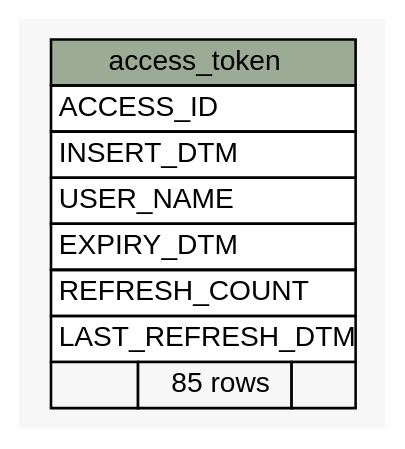
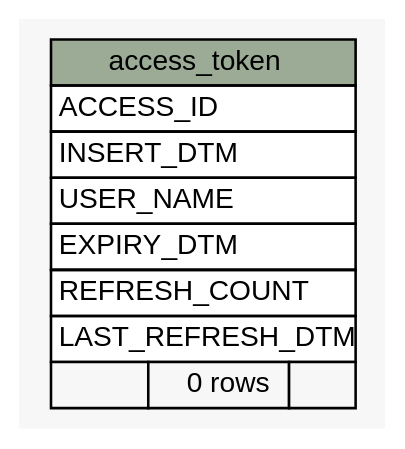
One commit to engineerscraft/hrms changed the diagram in docs/database/diagrams/summary/access_token.1degree.dot. Above: the diagram before and after it, drawn with Graphviz. The commit also changed 121 other files, not shown here.

```diff
--- a/docs/database/diagrams/summary/access_token.1degree.dot
+++ b/docs/database/diagrams/summary/access_token.1degree.dot
@@ -1,35 +1,35 @@
 // dot 2.38.0 on Windows 7 6.1
 // SchemaSpy rev 590
 digraph "access_token" {
   graph [
     rankdir="RL"
     bgcolor="#f7f7f7"
     nodesep="0.18"
     ranksep="0.46"
     fontname="Helvetica"
     fontsize="11"
   ];
   node [
     fontname="Helvetica"
     fontsize="11"
     shape="plaintext"
   ];
   edge [
     arrowsize="0.8"
   ];
   "access_token" [
     label=<
     <TABLE BORDER="0" CELLBORDER="1" CELLSPACING="0" BGCOLOR="#ffffff">
       <TR><TD COLSPAN="3" BGCOLOR="#9bab96" ALIGN="CENTER">access_token</TD></TR>
       <TR><TD PORT="ACCESS_ID" COLSPAN="3" ALIGN="LEFT">ACCESS_ID</TD></TR>
       <TR><TD PORT="INSERT_DTM" COLSPAN="3" ALIGN="LEFT">INSERT_DTM</TD></TR>
       <TR><TD PORT="USER_NAME" COLSPAN="3" ALIGN="LEFT">USER_NAME</TD></TR>
       <TR><TD PORT="EXPIRY_DTM" COLSPAN="3" ALIGN="LEFT">EXPIRY_DTM</TD></TR>
       <TR><TD PORT="REFRESH_COUNT" COLSPAN="3" ALIGN="LEFT">REFRESH_COUNT</TD></TR>
       <TR><TD PORT="LAST_REFRESH_DTM" COLSPAN="3" ALIGN="LEFT">LAST_REFRESH_DTM</TD></TR>
-      <TR><TD ALIGN="LEFT" BGCOLOR="#f7f7f7">  </TD><TD ALIGN="RIGHT" BGCOLOR="#f7f7f7">85 rows</TD><TD ALIGN="RIGHT" BGCOLOR="#f7f7f7">  </TD></TR>
+      <TR><TD ALIGN="LEFT" BGCOLOR="#f7f7f7">  </TD><TD ALIGN="RIGHT" BGCOLOR="#f7f7f7">0 rows</TD><TD ALIGN="RIGHT" BGCOLOR="#f7f7f7">  </TD></TR>
     </TABLE>>
     URL="tables/access_token.html"
     tooltip="access_token"
   ];
 }
```
